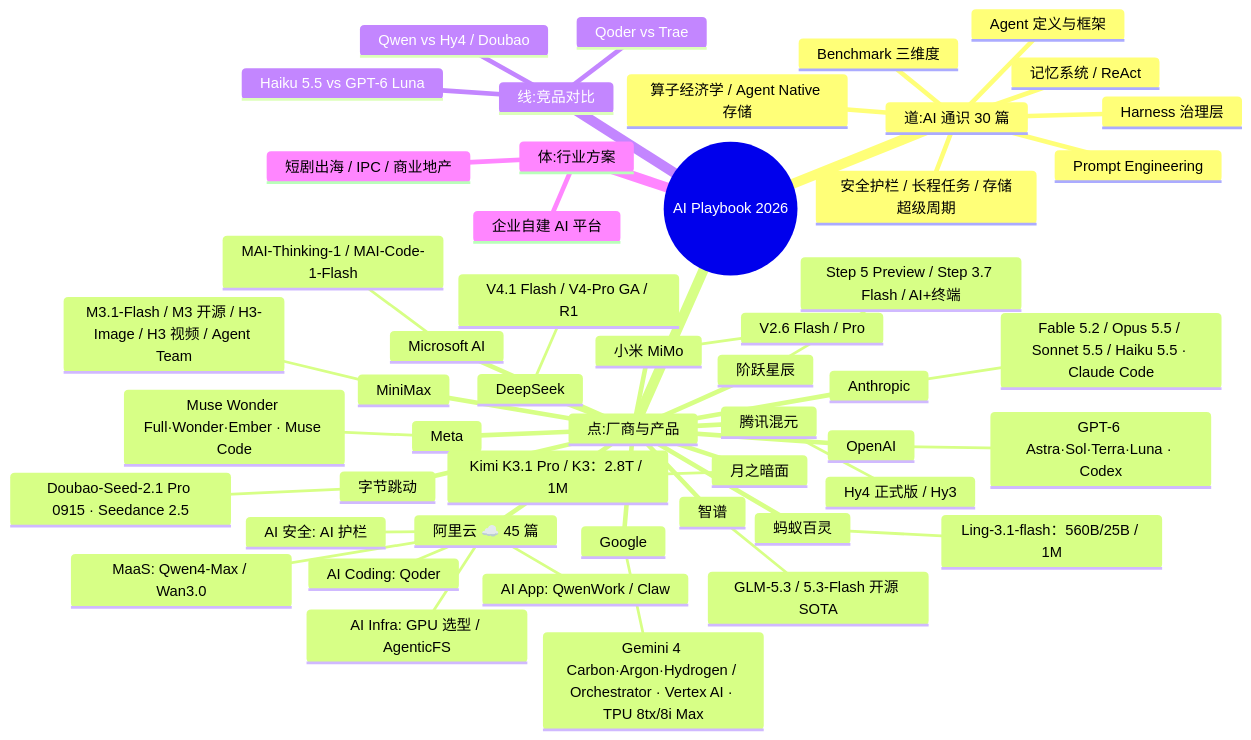
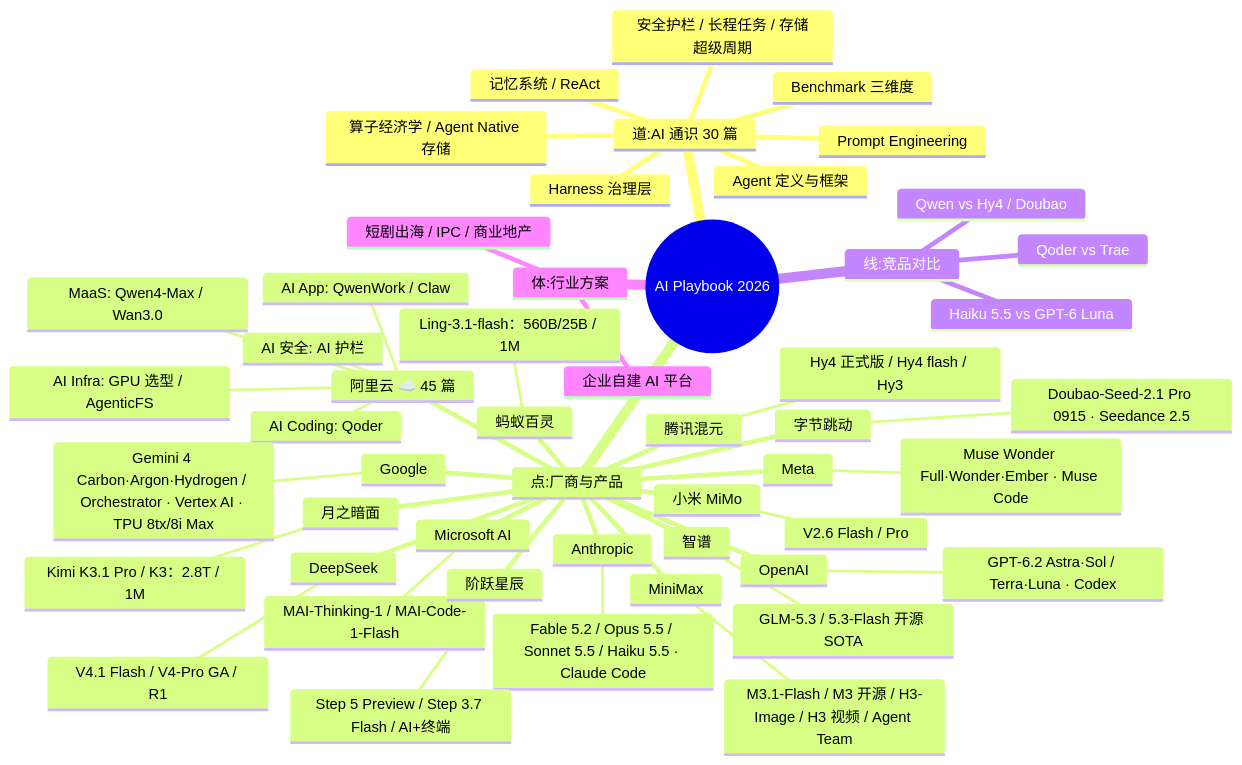
The first of 2 diagrams in README.md (EthanNiWorld/ai-playbook-2026), drawn with Mermaid before and after one commit. The commit also changed other lines of this file and 4 other files, not shown here.

Commit message:
docs(models): 更新 GPT-6.2 与 Hy4 flash 并清理过期竞品文档

````diff
--- a/README.md
+++ b/README.md
@@ -154,54 +154,54 @@
 ```mermaid
 mindmap
   root((AI Playbook 2026))
     道:AI 通识 30 篇
       Agent 定义与框架
       Harness 治理层
       Prompt Engineering
       Benchmark 三维度
       记忆系统 / ReAct
       安全护栏 / 长程任务 / 存储超级周期
       算子经济学 / Agent Native 存储
     点:厂商与产品
       阿里云 ☁️ 45 篇
         MaaS: Qwen4-Max / Wan3.0
         AI Coding: Qoder
         AI App: QwenWork / Claw
         AI Infra: GPU 选型 / AgenticFS
         AI 安全: AI 护栏
       Anthropic
         Fable 5.2 / Opus 5.5 / Sonnet 5.5 / Haiku 5.5 · Claude Code
       OpenAI
-        GPT-6 Astra·Sol·Terra·Luna · Codex
+        GPT-6.2 Astra·Sol / Terra·Luna · Codex
       Google
         Gemini 4 Carbon·Argon·Hydrogen / Orchestrator · Vertex AI · TPU 8tx/8i Max
       Microsoft AI
         MAI-Thinking-1 / MAI-Code-1-Flash
       Meta
         Muse Wonder Full·Wonder·Ember · Muse Code
       DeepSeek
         V4.1 Flash / V4-Pro GA / R1
       智谱
         GLM-5.3 / 5.3-Flash 开源 SOTA
       月之暗面
         Kimi K3.1 Pro / K3：2.8T / 1M
       MiniMax
         M3.1-Flash / M3 开源 / H3-Image / H3 视频 / Agent Team
       字节跳动
         Doubao-Seed-2.1 Pro 0915 · Seedance 2.5
       腾讯混元
-        Hy4 正式版 / Hy3
+        Hy4 正式版 / Hy4 flash / Hy3
       小米 MiMo
         V2.6 Flash / Pro
       阶跃星辰
         Step 5 Preview / Step 3.7 Flash / AI+终端
       蚂蚁百灵
         Ling-3.1-flash：560B/25B / 1M
     线:竞品对比
       Qoder vs Trae
       Qwen vs Hy4 / Doubao
       Haiku 5.5 vs GPT-6 Luna
     体:行业方案
       企业自建 AI 平台
       短剧出海 / IPC / 商业地产
 ```
````
